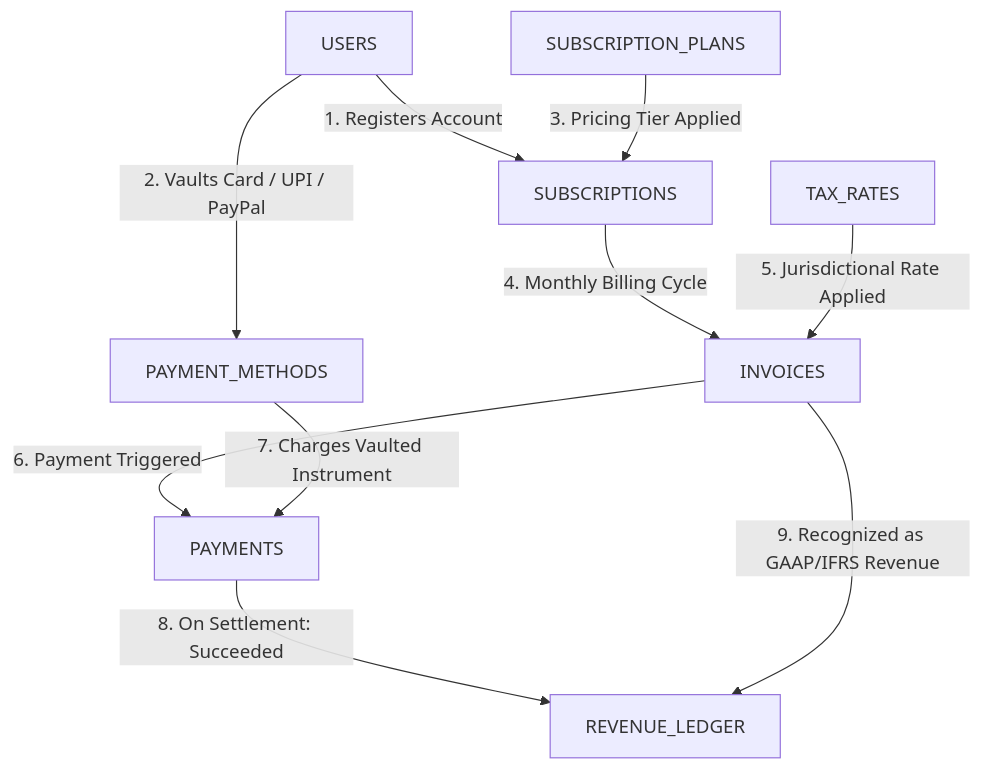
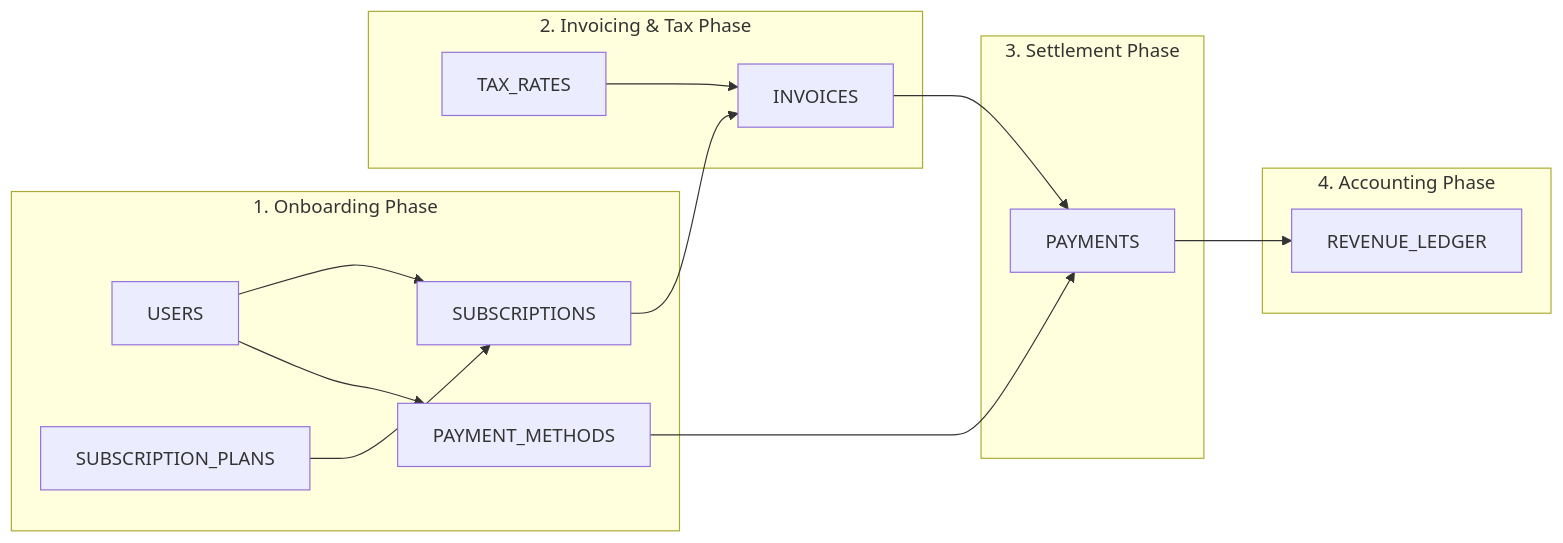
The second of 3 diagrams in LIVE_DATABASE.md (Ultron09/netflix-billing-db), drawn with Mermaid before and after one commit. The commit also changed other lines of this file and 1 other file, not shown here.

Commit message:
Fix Mermaid rendering: replace problematic multi-edge dagre flowchart with clean stage flowchart and sequence diagram

````diff
--- a/LIVE_DATABASE.md
+++ b/LIVE_DATABASE.md
@@ -103,12 +104,30 @@
 ```mermaid
-flowchart TD
-    U[USERS] -->|1. Registers Account| SUB[SUBSCRIPTIONS]
-    U -->|2. Vaults Card / UPI / PayPal| PM[PAYMENT_METHODS]
-    PLAN[SUBSCRIPTION_PLANS] -->|3. Pricing Tier Applied| SUB
-    SUB -->|4. Monthly Billing Cycle| INV[INVOICES]
-    TAX[TAX_RATES] -->|5. Jurisdictional Rate Applied| INV
-    INV -->|6. Payment Triggered| PAY[PAYMENTS]
-    PM -->|7. Charges Vaulted Instrument| PAY
-    PAY -->|8. On Settlement: Succeeded| REV[REVENUE_LEDGER]
-    INV -->|9. Recognized as GAAP/IFRS Revenue| REV
+flowchart LR
+    subgraph S1["1. Onboarding Phase"]
+        U["USERS"]
+        PLAN["SUBSCRIPTION_PLANS"]
+        SUB["SUBSCRIPTIONS"]
+        PM["PAYMENT_METHODS"]
+        U --> SUB
+        PLAN --> SUB
+        U --> PM
+    end
+
+    subgraph S2["2. Invoicing & Tax Phase"]
+        TAX["TAX_RATES"]
+        INV["INVOICES"]
+        SUB --> INV
+        TAX --> INV
+    end
+
+    subgraph S3["3. Settlement Phase"]
+        PAY["PAYMENTS"]
+        INV --> PAY
+        PM --> PAY
+    end
+
+    subgraph S4["4. Accounting Phase"]
+        REV["REVENUE_LEDGER"]
+        PAY --> REV
+    end
 ```
````
